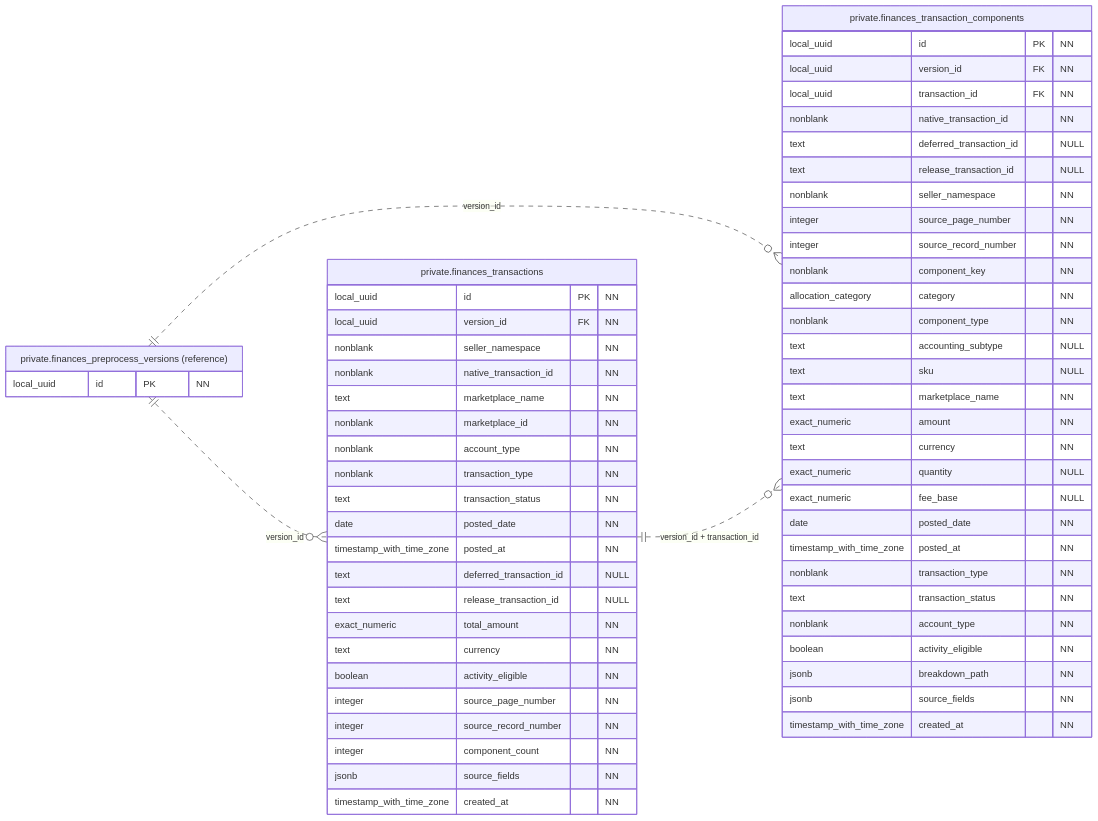
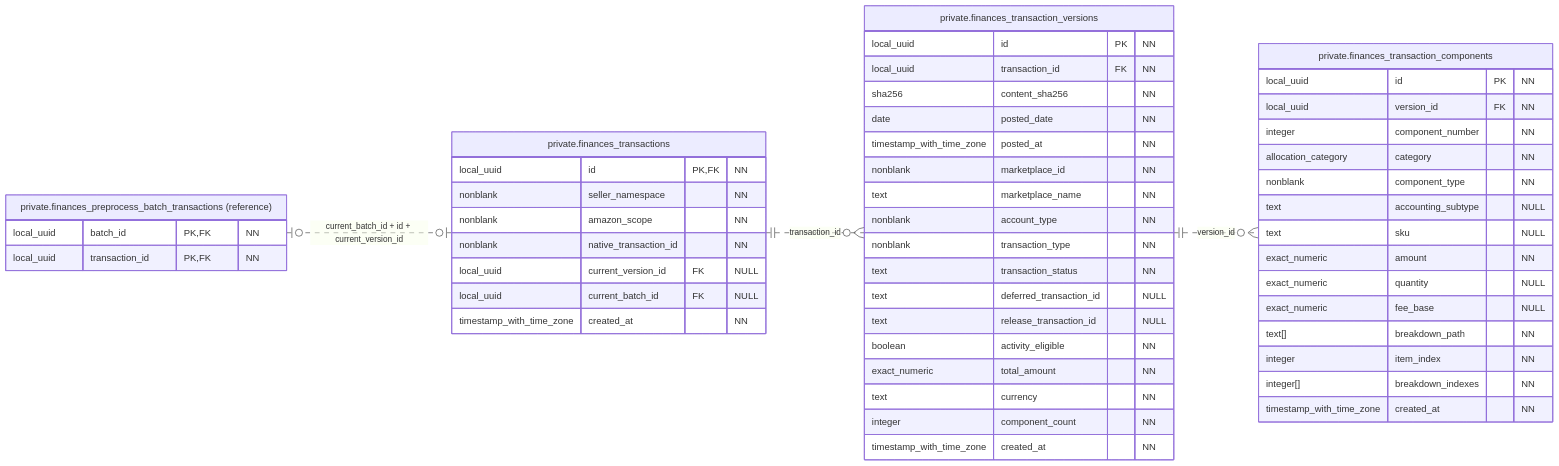
Before and after one commit to qwercxzsda/A-SelBox: the diagram in docs/figures/database/03b-finances-facts.mmd, drawn with Mermaid. The commit also changed 192 other files, not shown here.

```diff
--- a/docs/figures/database/03b-finances-facts.mmd
+++ b/docs/figures/database/03b-finances-facts.mmd
@@ -1,64 +1,57 @@
 erDiagram
     direction LR
-    private_finances_preprocess_versions ||..o{ private_finances_transactions : "version_id"
-    private_finances_preprocess_versions ||..o{ private_finances_transaction_components : "version_id"
-    private_finances_transactions ||..o{ private_finances_transaction_components : "version_id + transaction_id"
+    private_finances_preprocess_batch_transactions o|..o| private_finances_transactions : "current_batch_id + id + current_version_id"
+    private_finances_transactions ||..o{ private_finances_transaction_versions : "transaction_id"
+    private_finances_transaction_versions ||..o{ private_finances_transaction_components : "version_id"
 
     private_finances_transactions["private.finances_transactions"] {
+        local_uuid id PK, FK "NN"
+        nonblank seller_namespace "NN"
+        nonblank amazon_scope "NN"
+        nonblank native_transaction_id "NN"
+        local_uuid current_version_id FK "NULL"
+        local_uuid current_batch_id FK "NULL"
+        timestamp_with_time_zone created_at "NN"
+    }
+
+    private_finances_transaction_versions["private.finances_transaction_versions"] {
         local_uuid id PK "NN"
-        local_uuid version_id FK "NN"
-        nonblank seller_namespace "NN"
-        nonblank native_transaction_id "NN"
+        local_uuid transaction_id FK "NN"
+        sha256 content_sha256 "NN"
+        date posted_date "NN"
+        timestamp_with_time_zone posted_at "NN"
+        nonblank marketplace_id "NN"
         text marketplace_name "NN"
-        nonblank marketplace_id "NN"
         nonblank account_type "NN"
         nonblank transaction_type "NN"
         text transaction_status "NN"
-        date posted_date "NN"
-        timestamp_with_time_zone posted_at "NN"
         text deferred_transaction_id "NULL"
         text release_transaction_id "NULL"
+        boolean activity_eligible "NN"
         exact_numeric total_amount "NN"
         text currency "NN"
-        boolean activity_eligible "NN"
-        integer source_page_number "NN"
-        integer source_record_number "NN"
         integer component_count "NN"
-        jsonb source_fields "NN"
         timestamp_with_time_zone created_at "NN"
     }
 
     private_finances_transaction_components["private.finances_transaction_components"] {
         local_uuid id PK "NN"
         local_uuid version_id FK "NN"
-        local_uuid transaction_id FK "NN"
-        nonblank native_transaction_id "NN"
-        text deferred_transaction_id "NULL"
-        text release_transaction_id "NULL"
-        nonblank seller_namespace "NN"
-        integer source_page_number "NN"
-        integer source_record_number "NN"
-        nonblank component_key "NN"
+        integer component_number "NN"
         allocation_category category "NN"
         nonblank component_type "NN"
         text accounting_subtype "NULL"
         text sku "NULL"
-        text marketplace_name "NN"
         exact_numeric amount "NN"
-        text currency "NN"
         exact_numeric quantity "NULL"
         exact_numeric fee_base "NULL"
-        date posted_date "NN"
-        timestamp_with_time_zone posted_at "NN"
-        nonblank transaction_type "NN"
-        text transaction_status "NN"
-        nonblank account_type "NN"
-        boolean activity_eligible "NN"
-        jsonb breakdown_path "NN"
-        jsonb source_fields "NN"
+        text[] breakdown_path "NN"
+        integer item_index "NN"
+        integer[] breakdown_indexes "NN"
         timestamp_with_time_zone created_at "NN"
     }
 
-    private_finances_preprocess_versions["private.finances_preprocess_versions (reference)"] {
-        local_uuid id PK "NN"
+    private_finances_preprocess_batch_transactions["private.finances_preprocess_batch_transactions (reference)"] {
+        local_uuid batch_id PK, FK "NN"
+        local_uuid transaction_id PK, FK "NN"
     }
```
